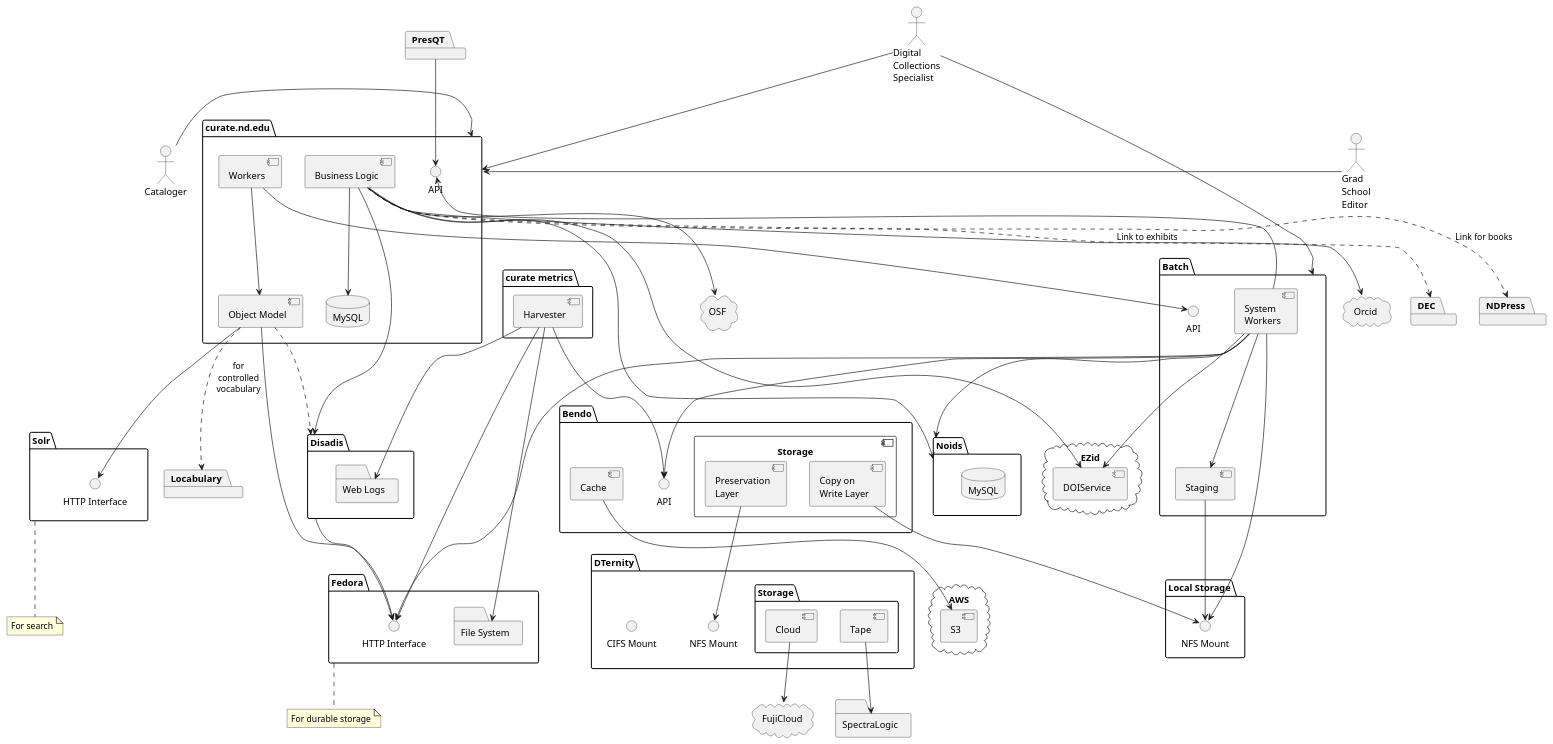
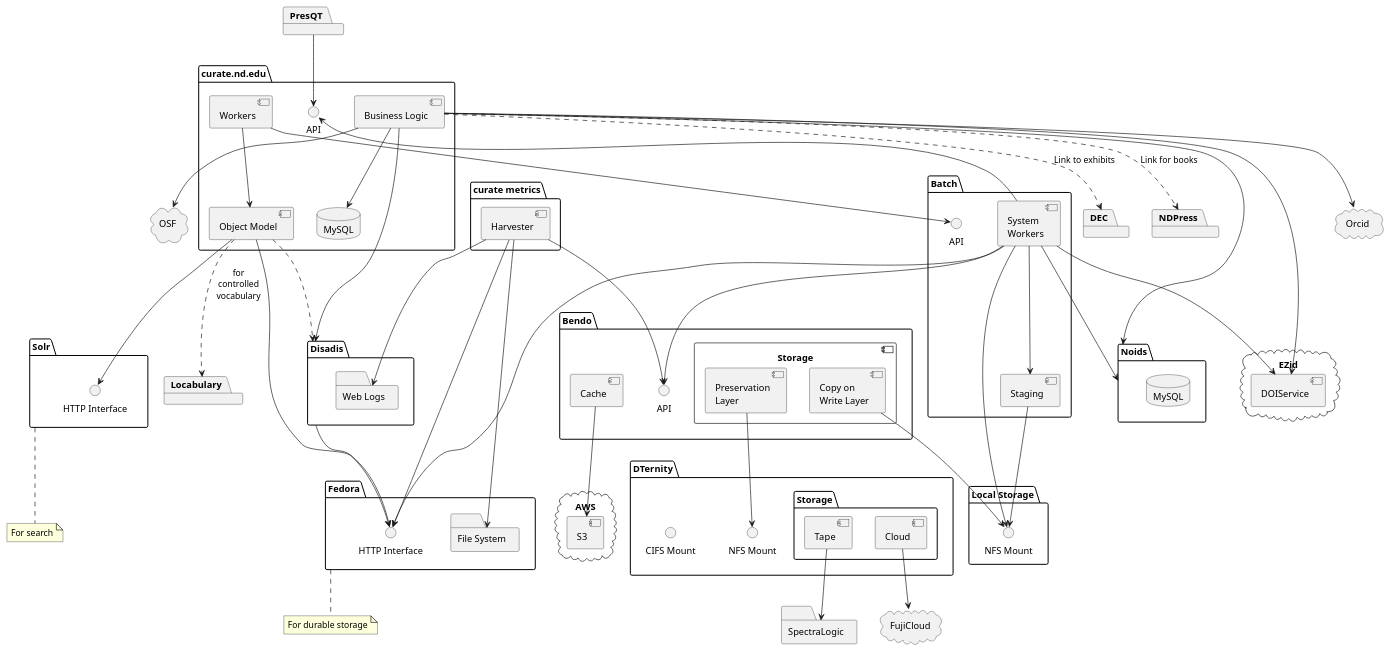
Before and after one commit to ndlib/dam-ecosystem-mapping: the diagram in plantuml/curate_nd.puml, drawn with PlantUML. The commit also changed 5 other files, not shown here.

```diff
--- a/plantuml/curate_nd.puml
+++ b/plantuml/curate_nd.puml
@@ -10,130 +10,121 @@
 @startuml
 
 package "curate.nd.edu" {
   component "Object Model" as CurateOM
   component "Workers" as CurateW
   component "Business Logic" as CurateBL
   database MySQL
   interface "API" as CurateAPI
   CurateW --> CurateOM
   CurateBL --> MySQL
 }
 package Disadis {
   folder "Web Logs" as WebLogs
 }
 
 cloud OSF
 CurateBL --> OSF
 cloud Orcid
 CurateBL --> Orcid
 
 package DEC
 package NDPress
 package Locabulary
 package PresQT
 
 PresQT --> CurateAPI
 
 CurateOM ..> Disadis
 CurateBL ..> DEC : Link to exhibits
 CurateBL ..> NDPress : Link for books
 CurateOM ..> Locabulary : "for\ncontrolled\nvocabulary"
 
 package "Fedora" {
   interface "HTTP Interface" as FedoraHTTP
   folder "File System" as FedoraFS
 }
 note bottom of Fedora
   For durable storage
 end note
 
 package "Solr" {
   interface "HTTP Interface" as SolrHTTP
 }
 note bottom of Solr
   For search
 end note
 
 package "Batch" {
   interface API as BatchAPI
   component "System\nWorkers" as BatchWorkers
   component Staging as BatchStaging
   BatchWorkers --> BatchStaging
 }
 
 package "Bendo" {
   interface API as BendoAPI
   component Cache as BendoC
   component Storage {
     component "Copy on\nWrite Layer" as BendoCOW
     component "Preservation\nLayer" as BendoPL
   }
 }
 
 package "DTernity" {
   interface "NFS Mount" as DTernityNFSM
   interface "CIFS Mount" as DTernityCIFSM
   package "Storage" as DTernityStorage {
     component "Cloud" as DternityCS
     component "Tape" as DternityTS
   }
 }
 
 folder "Local Storage" {
   interface "NFS Mount" as LocalNFSMount
 }
 
 folder "SpectraLogic"
 
 cloud "FujiCloud"
 
 cloud AWS {
   component S3
 }
 
 cloud EZid {
   component DOIService as EZidDoiService
 }
 CurateBL --> EZidDoiService
 BatchWorkers --> EZidDoiService
 
 package Noids {
   database MySQL as MySQLNoids
 }
 CurateBL --> Noids
 BatchWorkers --> Noids
 
 package "curate metrics" {
   component "Harvester"
   Harvester --> WebLogs
   Harvester --> FedoraHTTP
   Harvester --> FedoraFS
   Harvester --> BendoAPI
 }
 
 BendoPL --> DTernityNFSM
 CurateOM --> FedoraHTTP
 CurateOM --> SolrHTTP
 BatchWorkers --> CurateAPI
 BendoCOW --> LocalNFSMount
 DternityTS --> SpectraLogic
 DternityCS --> FujiCloud
 BendoC --> S3
 CurateW --> BatchAPI
 BatchWorkers --> BendoAPI
 BatchWorkers --> FedoraHTTP
 BatchWorkers --> LocalNFSMount
 BatchStaging --> LocalNFSMount
 Disadis --> FedoraHTTP
 CurateBL --> Disadis
 
-actor "Digital\nCollections\nSpecialist" as DCS
-actor Cataloger
-actor "Grad\nSchool\nEditor" as GradSchoolEditor
-
-DCS --> curate.nd.edu
-DCS --> Batch
-Cataloger -> curate.nd.edu
-GradSchoolEditor -> curate.nd.edu
-
 @enduml
```
